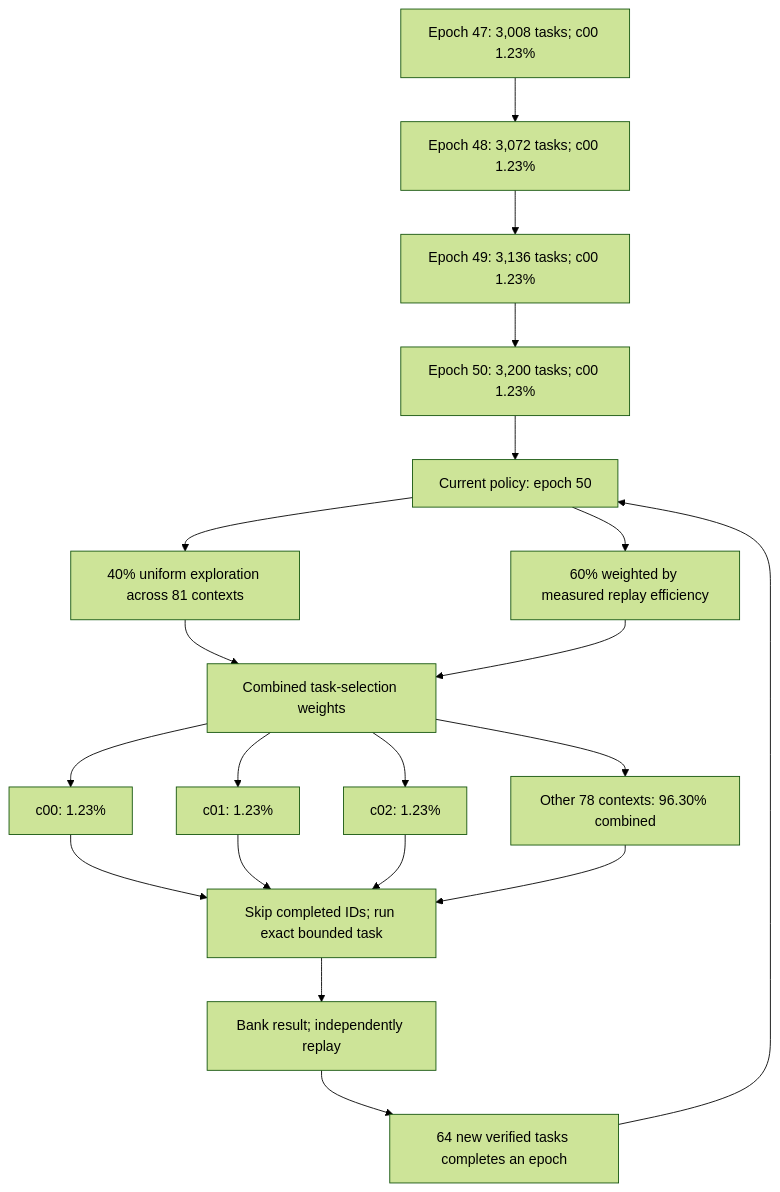
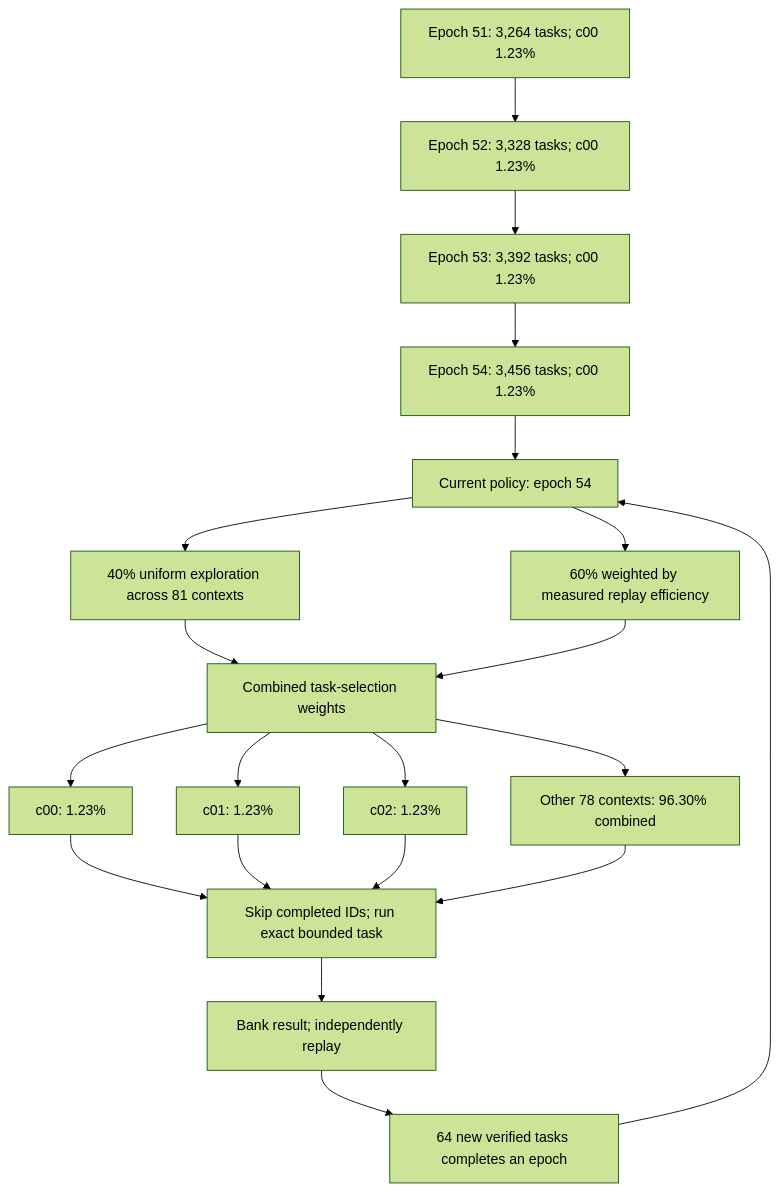
Before and after one commit to Kuberwastaken/math-gambling: the diagram in README.md, drawn with Mermaid (forest theme). The commit also changed other lines of this file and 592 other files, not shown here.

````diff
--- a/README.md
+++ b/README.md
@@ -48,27 +48,27 @@
 ```mermaid
 flowchart TD
-    H0["Epoch 47: 3,008 tasks; c00 1.23%"]
-    H1["Epoch 48: 3,072 tasks; c00 1.23%"]
+    H0["Epoch 51: 3,264 tasks; c00 1.23%"]
+    H1["Epoch 52: 3,328 tasks; c00 1.23%"]
     H0 --> H1
-    H2["Epoch 49: 3,136 tasks; c00 1.23%"]
+    H2["Epoch 53: 3,392 tasks; c00 1.23%"]
     H1 --> H2
-    H3["Epoch 50: 3,200 tasks; c00 1.23%"]
+    H3["Epoch 54: 3,456 tasks; c00 1.23%"]
     H2 --> H3
-    Policy["Current policy: epoch 50"]
+    Policy["Current policy: epoch 54"]
     H3 --> Policy
     Policy --> Explore["40% uniform exploration across 81 contexts"]
     Policy --> Cost["60% weighted by measured replay efficiency"]
     Explore --> Mix["Combined task-selection weights"]
     Cost --> Mix
     Mix --> C0["c00: 1.23%"]
     Mix --> C1["c01: 1.23%"]
     Mix --> C2["c02: 1.23%"]
     Mix --> Rest["Other 78 contexts: 96.30% combined"]
     C0 --> Check["Skip completed IDs; run exact bounded task"]
     C1 --> Check
     C2 --> Check
     Rest --> Check
     Check --> Replay["Bank result; independently replay"]
     Replay --> Gate["64 new verified tasks completes an epoch"]
     Gate --> Policy
 ```
````
